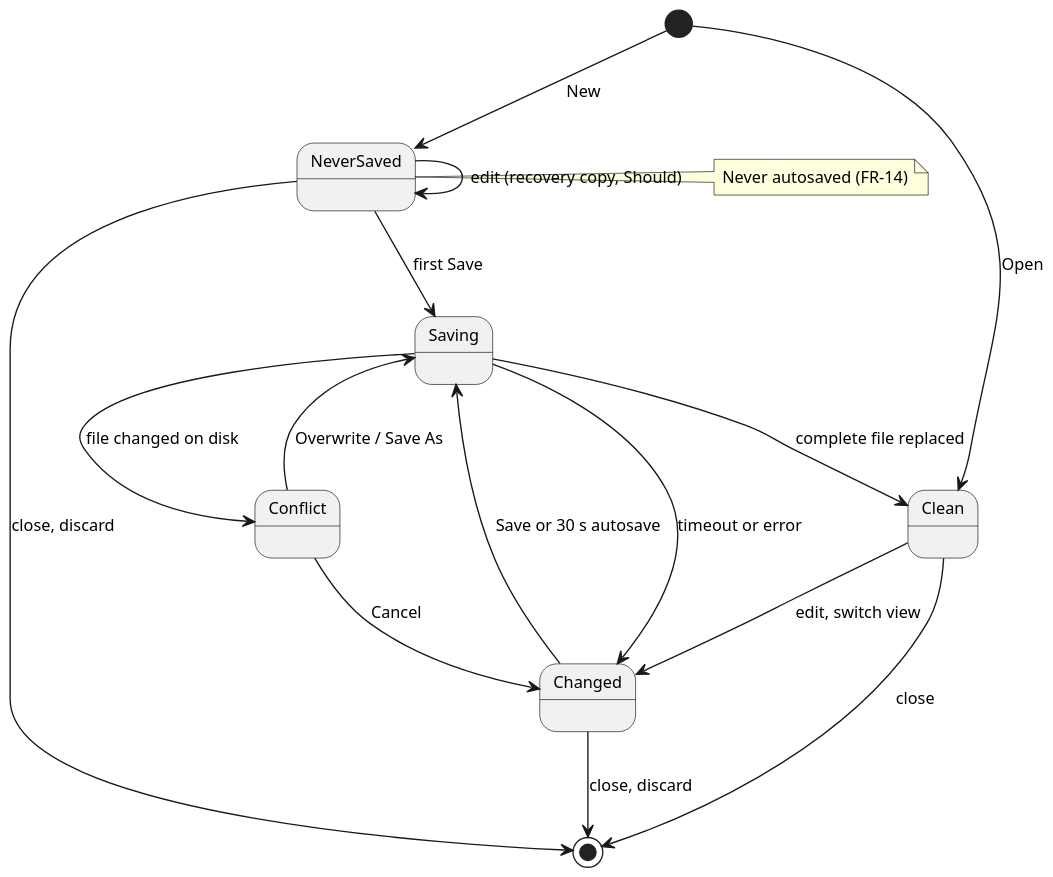
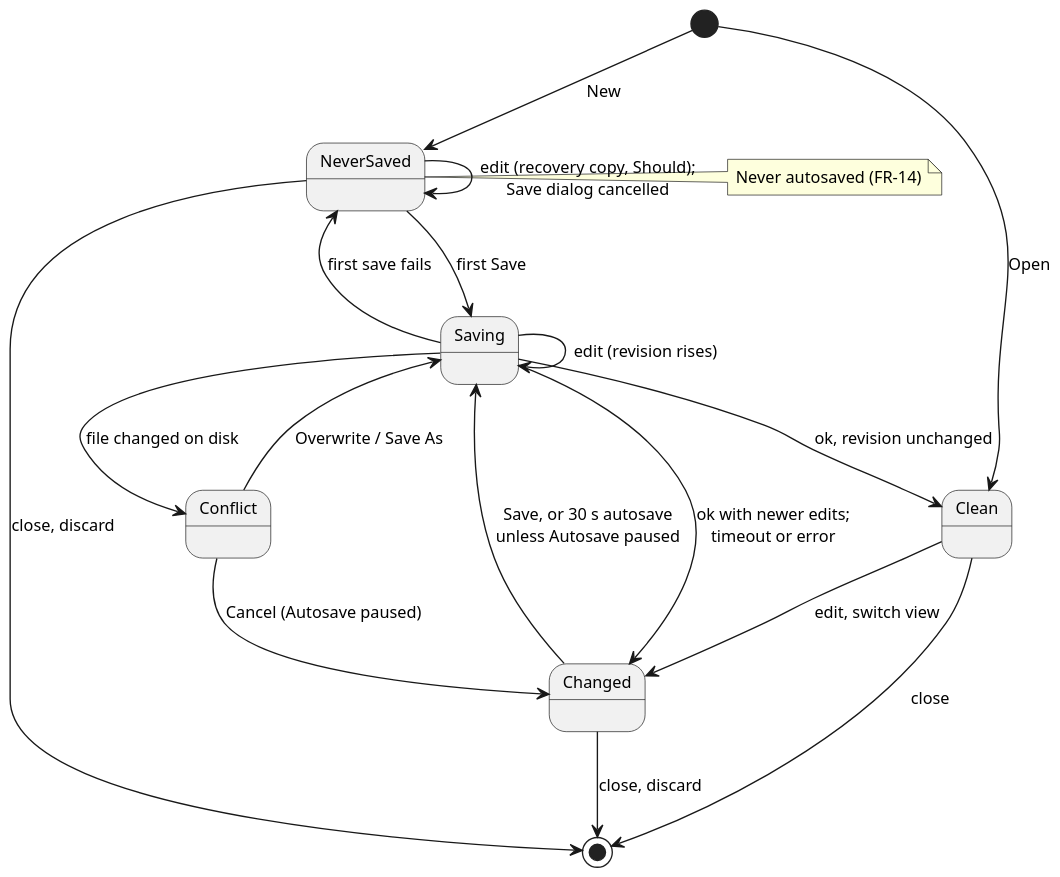
The diagram in docs/diagrams/07-state-document.puml (fillicianoplong/obelisk), drawn with PlantUML before and after one commit. The commit also changed 19 other files, not shown here.

Commit message:
Docs: SRS and architecture 1.1 (design, data model, and security review fixes)

```diff
--- a/docs/diagrams/07-state-document.puml
+++ b/docs/diagrams/07-state-document.puml
@@ -1,21 +1,23 @@
 @startuml obelisk_state_document
 skinparam shadowing false
 skinparam defaultFontName Arial
 skinparam defaultFontSize 12
 skinparam dpi 140
 [*] --> NeverSaved : New
 [*] --> Clean : Open
-NeverSaved --> NeverSaved : edit (recovery copy, Should)
+NeverSaved --> NeverSaved : edit (recovery copy, Should);\nSave dialog cancelled
 NeverSaved --> Saving : first Save
 Clean --> Changed : edit, switch view
-Changed --> Saving : Save or 30 s autosave
-Saving --> Clean : complete file replaced
-Saving --> Changed : timeout or error
+Changed --> Saving : Save, or 30 s autosave\nunless Autosave paused
+Saving --> Saving : edit (revision rises)
+Saving --> Clean : ok, revision unchanged
+Saving --> Changed : ok with newer edits;\ntimeout or error
+Saving --> NeverSaved : first save fails
 Saving --> Conflict : file changed on disk
 Conflict --> Saving : Overwrite / Save As
-Conflict --> Changed : Cancel
+Conflict --> Changed : Cancel (Autosave paused)
 Changed --> [*] : close, discard
 Clean --> [*] : close
 NeverSaved --> [*] : close, discard
 note right of NeverSaved : Never autosaved (FR-14)
 @enduml
```
